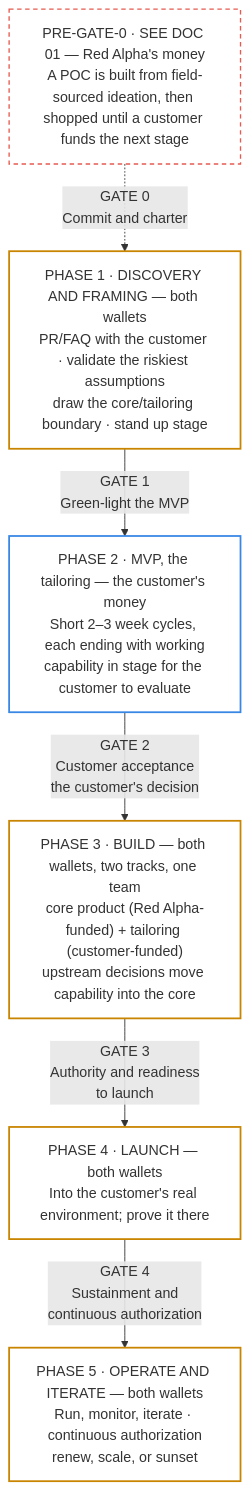
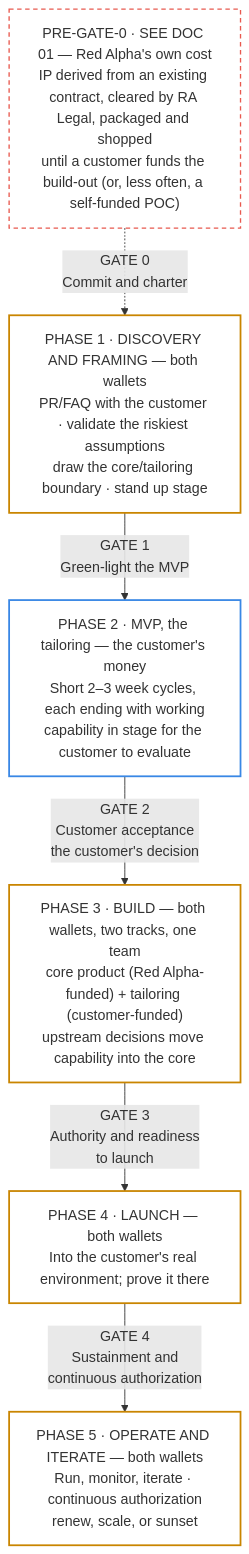
The diagram in docs/03-ipt-model-overview.md (RA-Rob/IPT-Workflow), drawn with Mermaid before and after one commit. The commit also changed other lines of this file and 14 other files, not shown here.

````diff
--- a/docs/03-ipt-model-overview.md
+++ b/docs/03-ipt-model-overview.md
@@ -78,26 +80,26 @@
 ```mermaid
 flowchart TD
-    accTitle: The IPT lifecycle, from a shopped POC through five gated phases to sustained operation
-    accDescr: A Red Alpha-funded POC, originating from field-sourced ideation described in document 01, sits outside this model's gates. Gate 0 charters the IPT, then five phases follow — Discovery and Framing, MVP, Build, Launch, and Operate and Iterate — each closed by the next numbered gate. Gate 2 is the funding customer's decision.
+    accTitle: The IPT lifecycle, from cleared and shopped IP through five gated phases to sustained operation
+    accDescr: Cleared contract-derived IP, described in document 01, sits outside this model's gates and is shopped until a customer funds the next stage. Gate 0 charters the IPT, then five phases follow — Discovery and Framing, MVP, Build, Launch, and Operate and Iterate — each closed by the next numbered gate. Gate 2 is the funding customer's decision.
 
-    POC["PRE-GATE-0 · SEE DOC 01 — Red Alpha's money<br/>A POC is built from field-sourced ideation, then shopped until a customer funds the next stage"]
+    IP["PRE-GATE-0 · SEE DOC 01 — Red Alpha's own cost<br/>IP derived from an existing contract, cleared by RA Legal, packaged and shopped<br/>until a customer funds the build-out (or, less often, a self-funded POC)"]
     D["PHASE 1 · DISCOVERY AND FRAMING — both wallets<br/>PR/FAQ with the customer · validate the riskiest assumptions<br/>draw the core/tailoring boundary · stand up stage"]
     M["PHASE 2 · MVP, the tailoring — the customer's money<br/>Short 2–3 week cycles, each ending with working<br/>capability in stage for the customer to evaluate"]
     B["PHASE 3 · BUILD — both wallets, two tracks, one team<br/>core product (Red Alpha-funded) + tailoring (customer-funded)<br/>upstream decisions move capability into the core"]
     L["PHASE 4 · LAUNCH — both wallets<br/>Into the customer's real environment; prove it there"]
     O["PHASE 5 · OPERATE AND ITERATE — both wallets<br/>Run, monitor, iterate · continuous authorization<br/>renew, scale, or sunset"]
 
-    POC -. "GATE 0<br/>Commit and charter" .-> D
+    IP -. "GATE 0<br/>Commit and charter" .-> D
     D -- "GATE 1<br/>Green-light the MVP" --> M
     M -- "GATE 2<br/>Customer acceptance<br/>the customer's decision" --> B
     B -- "GATE 3<br/>Authority and readiness<br/>to launch" --> L
     L -- "GATE 4<br/>Sustainment and<br/>continuous authorization" --> O
 
     classDef outside fill:transparent,stroke:#e8594f,stroke-width:1.5px,stroke-dasharray:5 4
     classDef customer fill:transparent,stroke:#3987e5,stroke-width:2px
     classDef both fill:transparent,stroke:#c98500,stroke-width:2px
 
-    class POC outside
+    class IP outside
     class M customer
     class D,B,L,O both
 ```
````
